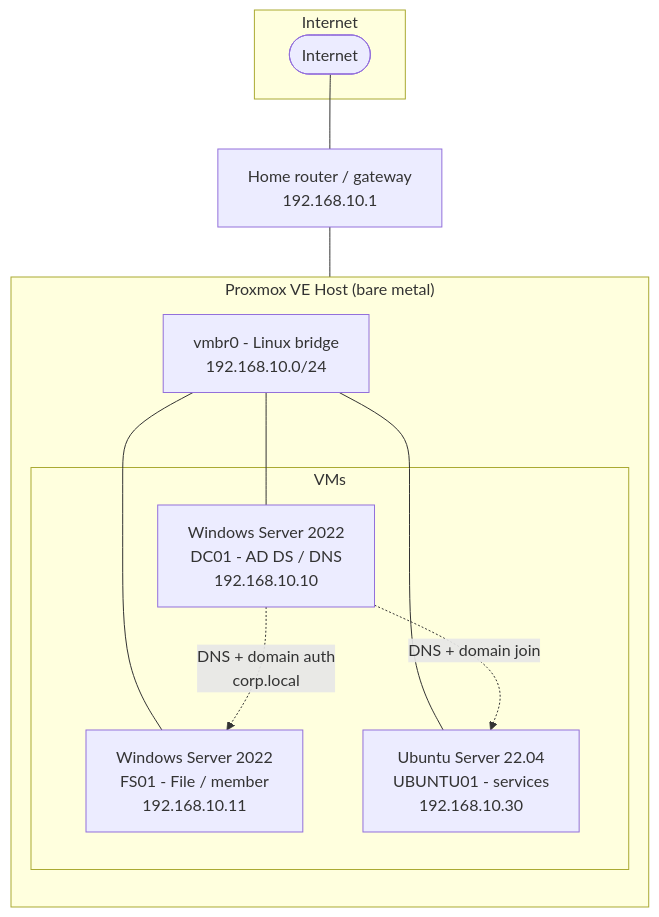
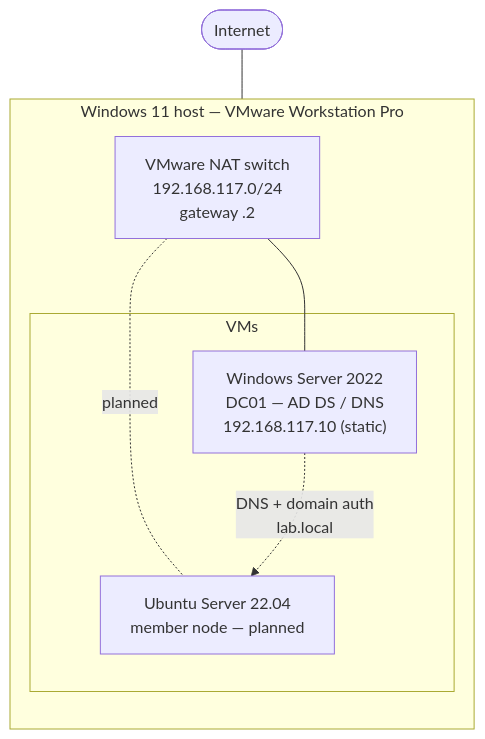
The diagram in README.md (alikamkar98/homelab), drawn with Mermaid before and after one commit. The commit also changed other lines of this file and 3 other files, not shown here.

First line of the commit message:
Document completed VMware Workstation Pro lab.local build with screenshots

````diff
--- a/README.md
+++ b/README.md
@@ -20,26 +43,19 @@
 ```mermaid
 flowchart TB
-    subgraph Internet
-        WAN([Internet])
-    end
+    WAN([Internet])
 
-    subgraph Host["Proxmox VE Host (bare metal)"]
+    subgraph Host["Windows 11 host — VMware Workstation Pro"]
         direction TB
-        VMBR["vmbr0 - Linux bridge<br/>192.168.10.0/24"]
+        NAT["VMware NAT switch<br/>192.168.117.0/24<br/>gateway .2"]
 
         subgraph VMs
-            DC["Windows Server 2022<br/>DC01 - AD DS / DNS<br/>192.168.10.10"]
-            FS["Windows Server 2022<br/>FS01 - File / member<br/>192.168.10.11"]
-            UB["Ubuntu Server 22.04<br/>UBUNTU01 - services<br/>192.168.10.30"]
+            DC["Windows Server 2022<br/>DC01 — AD DS / DNS<br/>192.168.117.10 (static)"]
+            UB["Ubuntu Server 22.04<br/>member node — planned"]
         end
     end
 
-    WAN --- ROUTER["Home router / gateway<br/>192.168.10.1"]
-    ROUTER --- VMBR
-    VMBR --- DC
-    VMBR --- FS
-    VMBR --- UB
-
-    DC -. "DNS + domain auth<br/>corp.local" .-> FS
-    DC -. "DNS + domain join" .-> UB
+    WAN --- NAT
+    NAT --- DC
+    NAT -. planned .- UB
+    DC -. "DNS + domain auth<br/>lab.local" .-> UB
 ```
````
